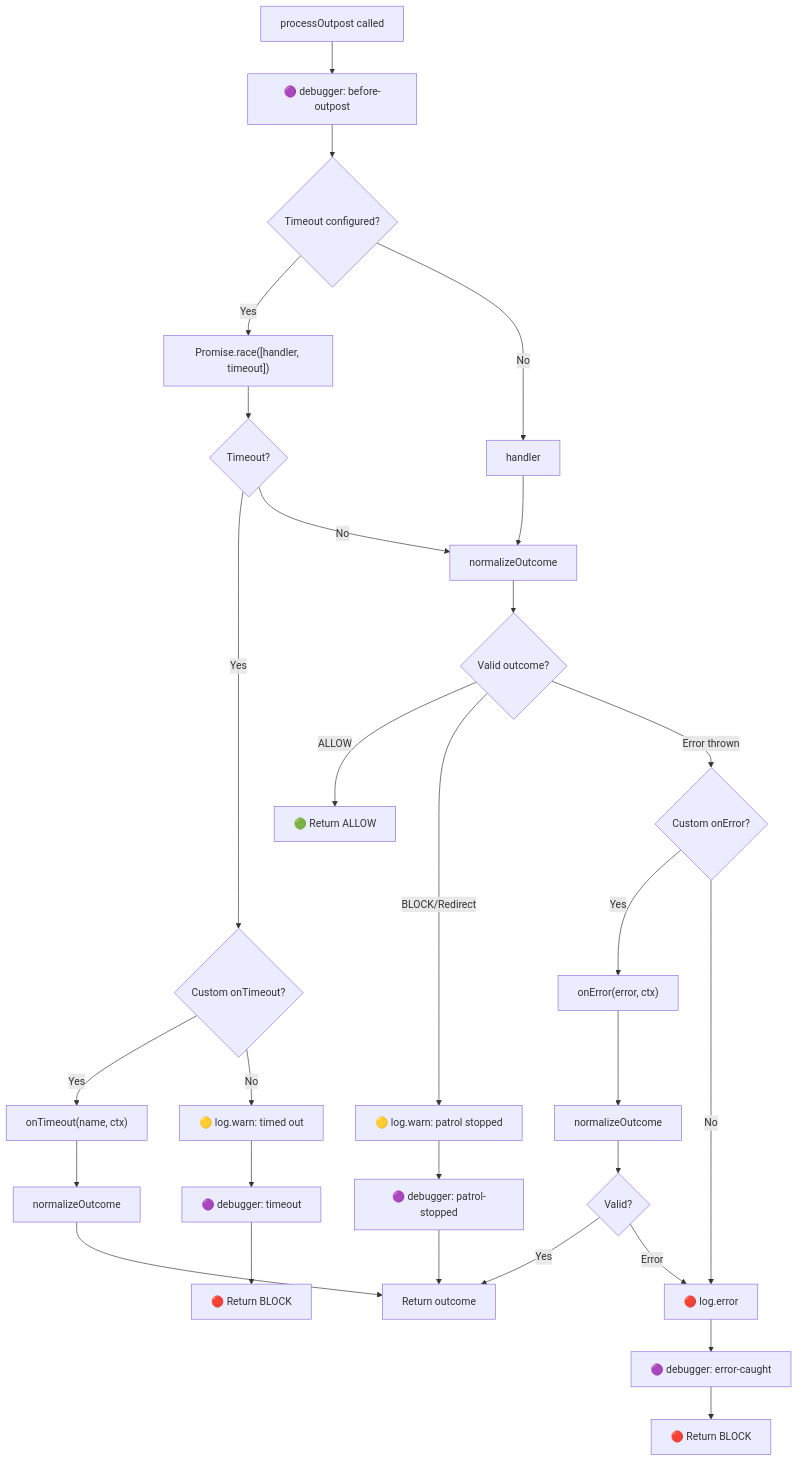
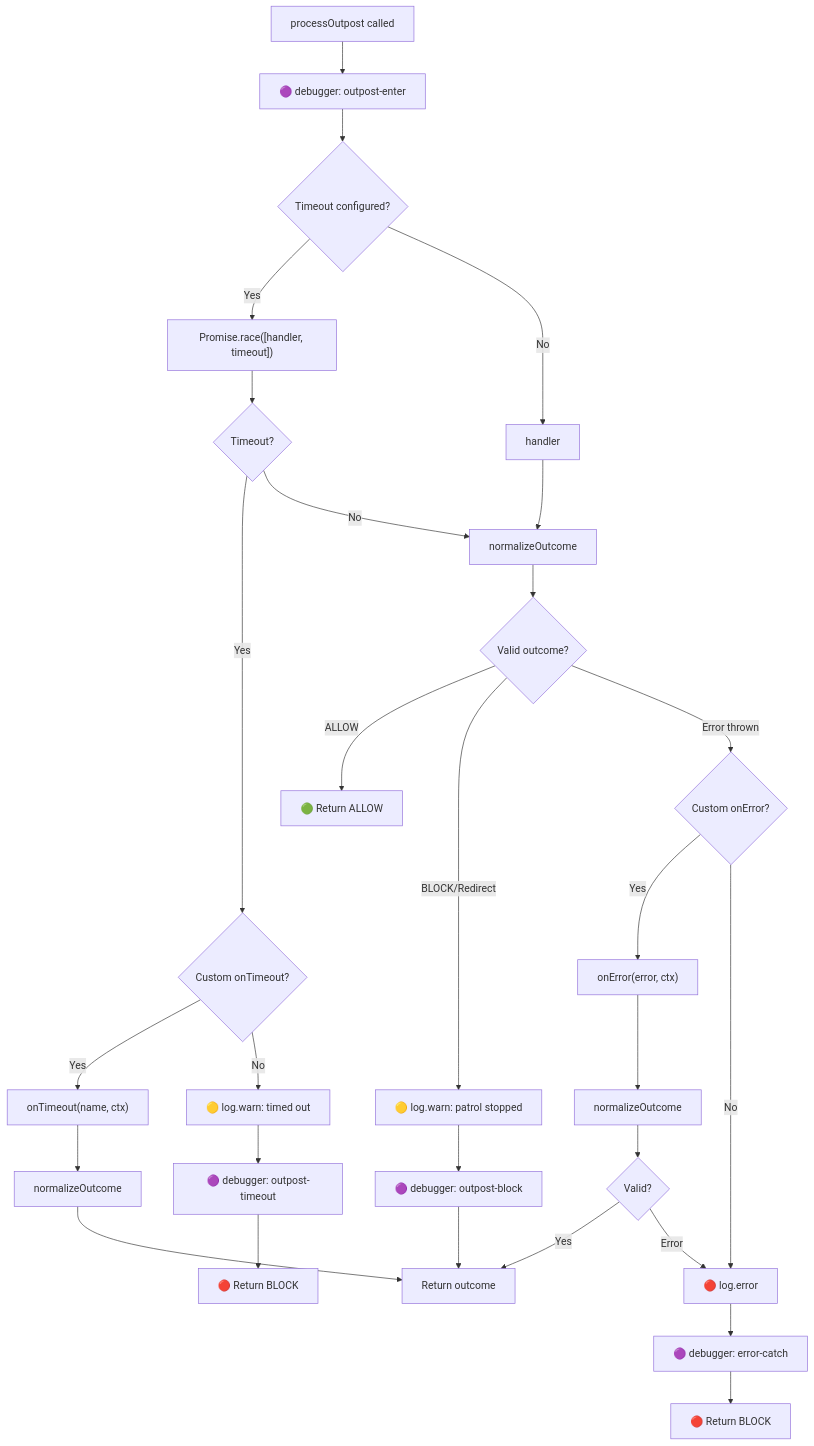
The second of 3 diagrams in docs/advanced/architecture.md (Kassaila/vue-router-citadel), drawn with Mermaid before and after one commit. The commit also changed other lines of this file and 11 other files, not shown here.

````diff
--- a/docs/advanced/architecture.md
+++ b/docs/advanced/architecture.md
@@ -43,42 +43,42 @@
 ```mermaid
 flowchart TD
-    A[processOutpost called] --> DBG1[🟣 debugger: before-outpost]
+    A[processOutpost called] --> DBG1[🟣 debugger: outpost-enter]
     DBG1 --> T{Timeout configured?}
 
     T -->|Yes| RACE["Promise.race([handler, timeout])"]
     T -->|No| B[handler]
 
     RACE --> TO{Timeout?}
     TO -->|Yes| TOH{Custom onTimeout?}
     TO -->|No| C
 
     B --> C[normalizeOutcome]
 
     TOH -->|Yes| TOC["onTimeout(name, ctx)"]
     TOH -->|No| TOLOG[🟡 log.warn: timed out]
-    TOLOG --> TODBG[🟣 debugger: timeout]
+    TOLOG --> TODBG[🟣 debugger: outpost-timeout]
     TODBG --> TOK[🔴 Return BLOCK]
 
     TOC --> TON[normalizeOutcome]
     TON --> F
 
     C --> D{Valid outcome?}
 
     D -->|ALLOW| E[🟢 Return ALLOW]
     D -->|BLOCK/Redirect| LOG1[🟡 log.warn: patrol stopped]
-    LOG1 --> DBG2[🟣 debugger: patrol-stopped]
+    LOG1 --> DBG2[🟣 debugger: outpost-block]
     DBG2 --> F[Return outcome]
 
     D -->|Error thrown| G{Custom onError?}
 
     G -->|Yes| H["onError(error, ctx)"]
     G -->|No| LOG2[🔴 log.error]
 
     H --> I[normalizeOutcome]
     I --> J{Valid?}
     J -->|Yes| F
     J -->|Error| LOG2
 
-    LOG2 --> DBG3[🟣 debugger: error-caught]
+    LOG2 --> DBG3[🟣 debugger: error-catch]
     DBG3 --> K[🔴 Return BLOCK]
 ```
````
